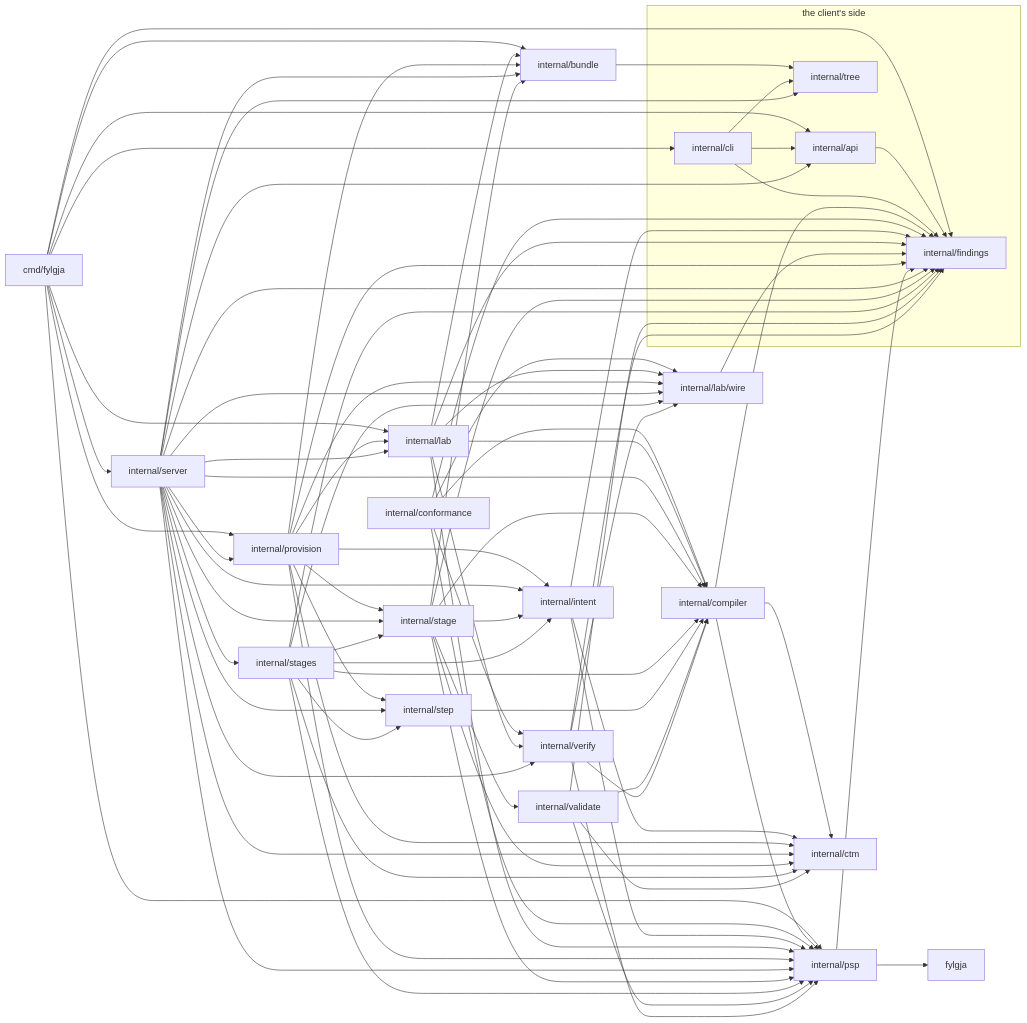
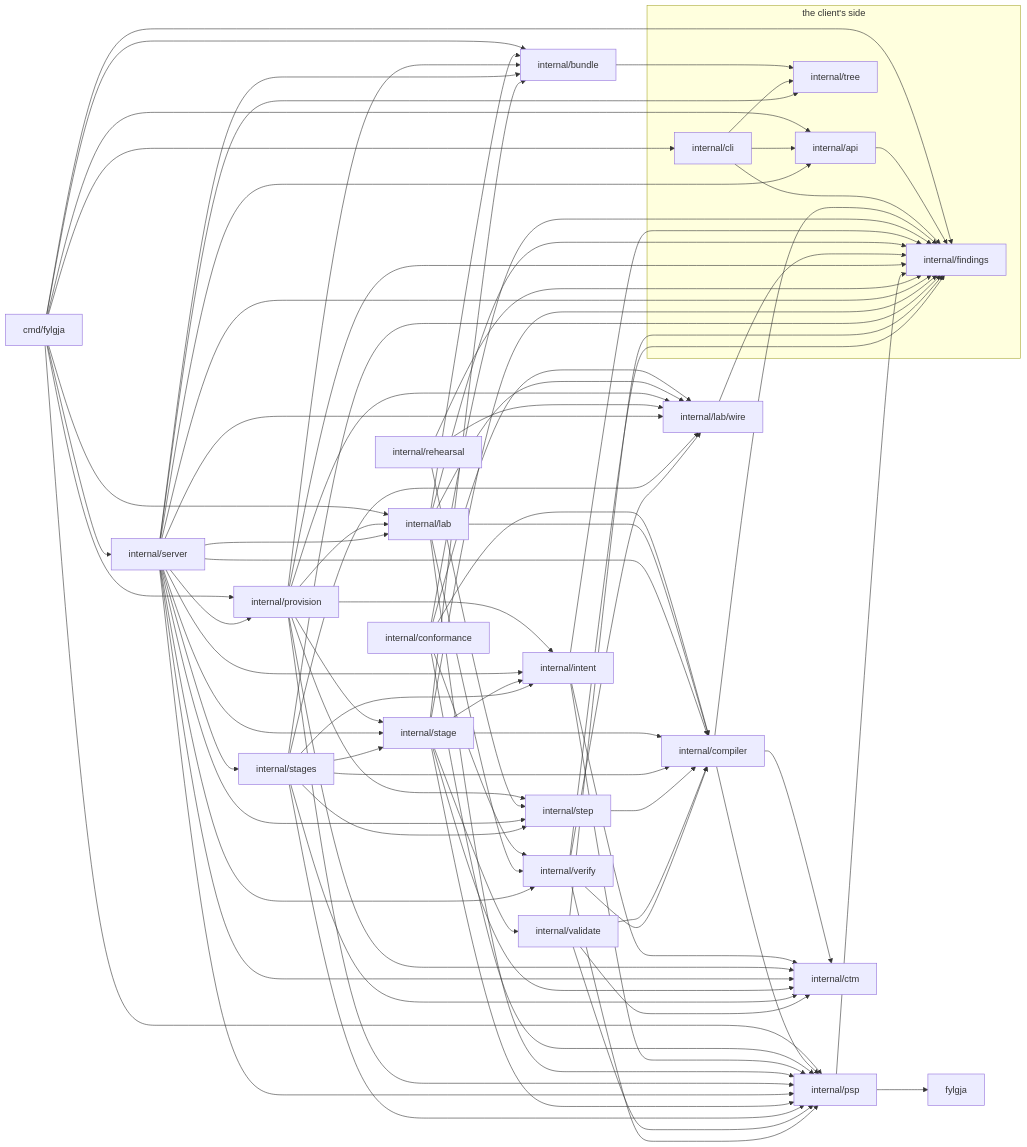
One commit to happypathnetworking/fylgja changed the diagram in docs/development.md. Above: the diagram before and after it, drawn with Mermaid. The commit also changed other lines of this file and 7 other files, not shown here.

```diff
--- a/docs/development.md
+++ b/docs/development.md
@@ -335,6 +336,7 @@
     internal_lab_wire["internal/lab/wire"]
     internal_provision["internal/provision"]
     internal_psp["internal/psp"]
+    internal_rehearsal["internal/rehearsal"]
     internal_server["internal/server"]
     internal_stage["internal/stage"]
     internal_stages["internal/stages"]
@@ -383,6 +385,9 @@
     internal_provision --> internal_step
     internal_psp --> fylgja
     internal_psp --> internal_findings
+    internal_rehearsal --> internal_findings
+    internal_rehearsal --> internal_lab_wire
+    internal_rehearsal --> internal_step
     internal_server --> internal_api
     internal_server --> internal_bundle
     internal_server --> internal_compiler
```
